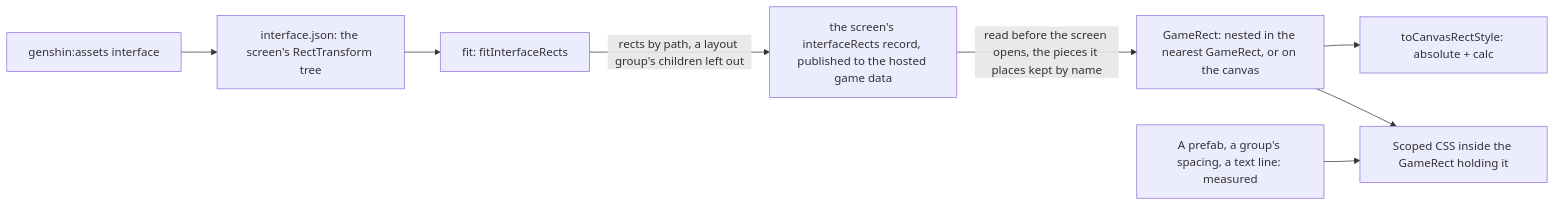
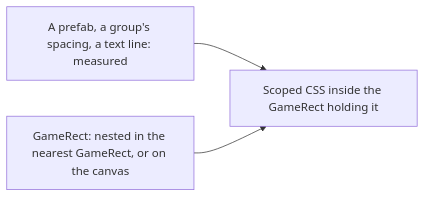
The diagram in openspec/specs/genshin/interface-layout/design.md (Esposter/Esposter), drawn with Mermaid before and after one commit. The commit also changed other lines of this file and 17 other files, not shown here.

````diff
--- a/openspec/specs/genshin/interface-layout/design.md
+++ b/openspec/specs/genshin/interface-layout/design.md
@@ -7,10 +7,5 @@
 ```mermaid
 flowchart LR
-  EX["genshin:assets interface"] --> TREE["interface.json: the screen's RectTransform tree"]
-  TREE --> FIT["fit: fitInterfaceRects"]
-  FIT -->|"rects by path, a layout group's children left out"| DATA["the screen's interfaceRects record, published to the hosted game data"]
-  DATA -->|"read before the screen opens, the pieces it places kept by name"| RECT["GameRect: nested in the nearest GameRect, or on the canvas"]
-  RECT --> CSS["toCanvasRectStyle: absolute + calc"]
   MEASURED["A prefab, a group's spacing, a text line: measured"] --> LEAF["Scoped CSS inside the GameRect holding it"]
-  RECT --> LEAF
+  RECT["GameRect: nested in the nearest GameRect, or on the canvas"] --> LEAF
 ```
````
